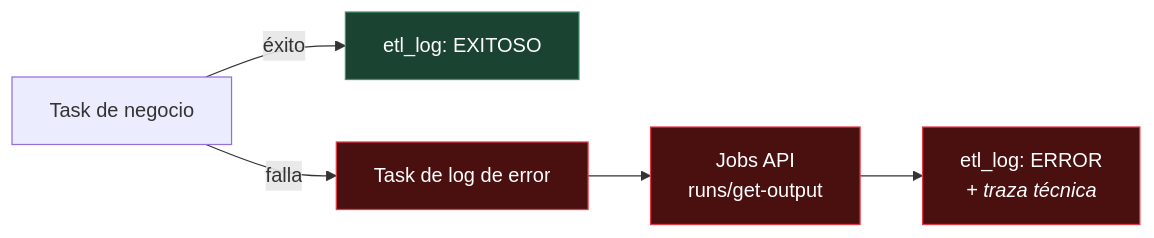
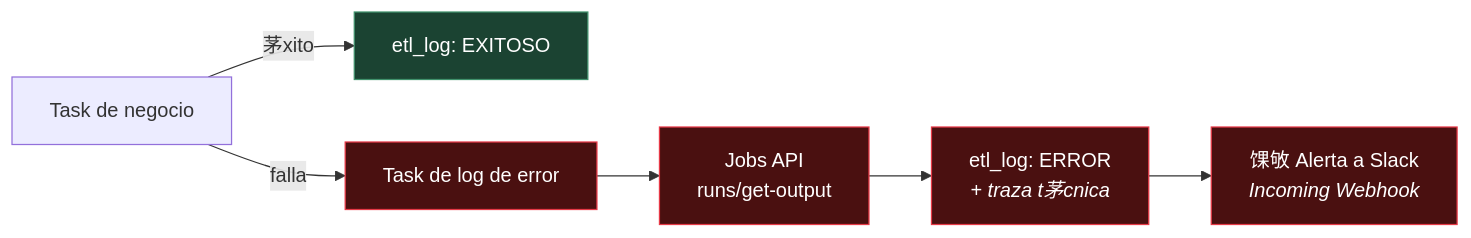
Before and after one commit to Josuhe-DataEngineering/DataBricks-PySpark-Extract-Performance-Logistico-DataCo: the third of 3 diagrams in README.md, drawn with Mermaid. The commit also changed other lines of this file, not shown here.

````diff
--- a/README.md
+++ b/README.md
@@ -266,12 +266,13 @@
 ```mermaid
 flowchart LR
-    T["Task de negocio"] -->|éxito| OK["etl_log: EXITOSO"]
+    T["Task de negocio"] -->|茅xito| OK["etl_log: EXITOSO"]
     T -->|falla| ERR["Task de log de error"]
     ERR --> API["Jobs API<br/>runs/get-output"]
-    API --> LOG["etl_log: ERROR<br/><i>+ traza técnica</i>"]
+    API --> LOG["etl_log: ERROR<br/><i>+ traza t茅cnica</i>"]
+    LOG --> SLACK["馃敂 Alerta a Slack<br/><i>Incoming Webhook</i>"]
 
     classDef ok fill:#1B4332,stroke:#40916C,color:#fff
     classDef err fill:#4A1010,stroke:#E63946,color:#fff
     class OK ok
-    class ERR,API,LOG err
+    class ERR,API,LOG,SLACK err
 ```
````
